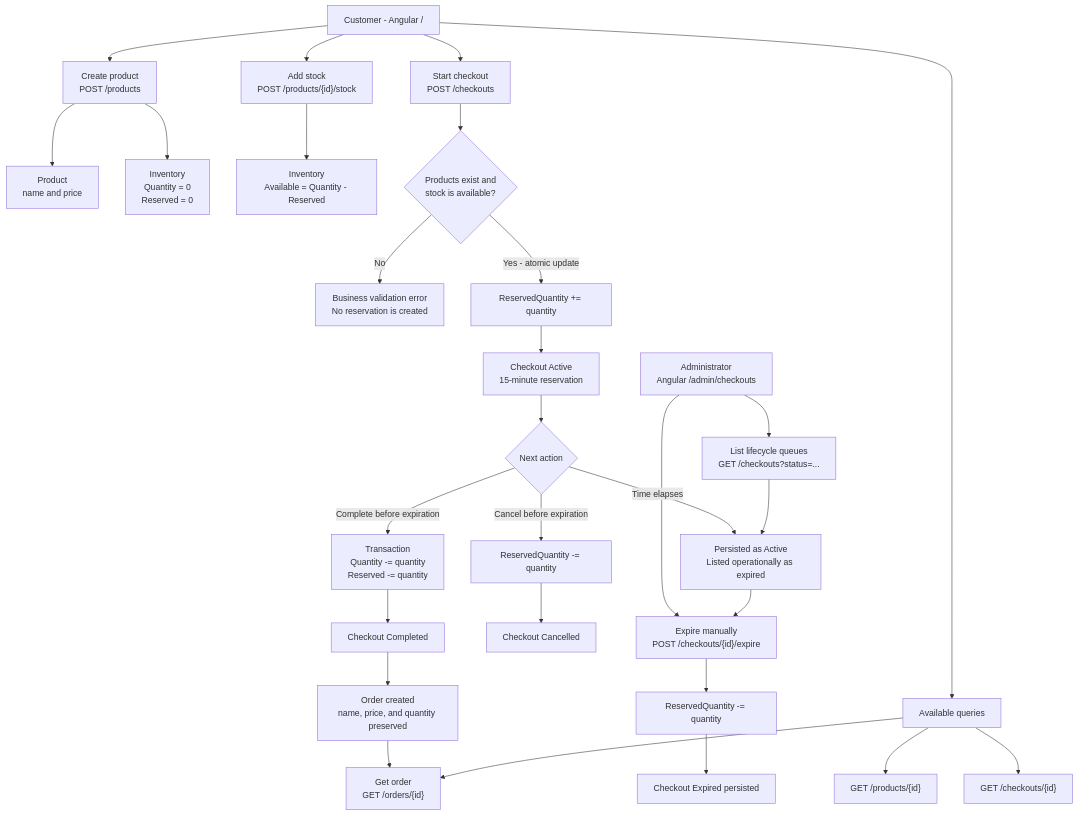
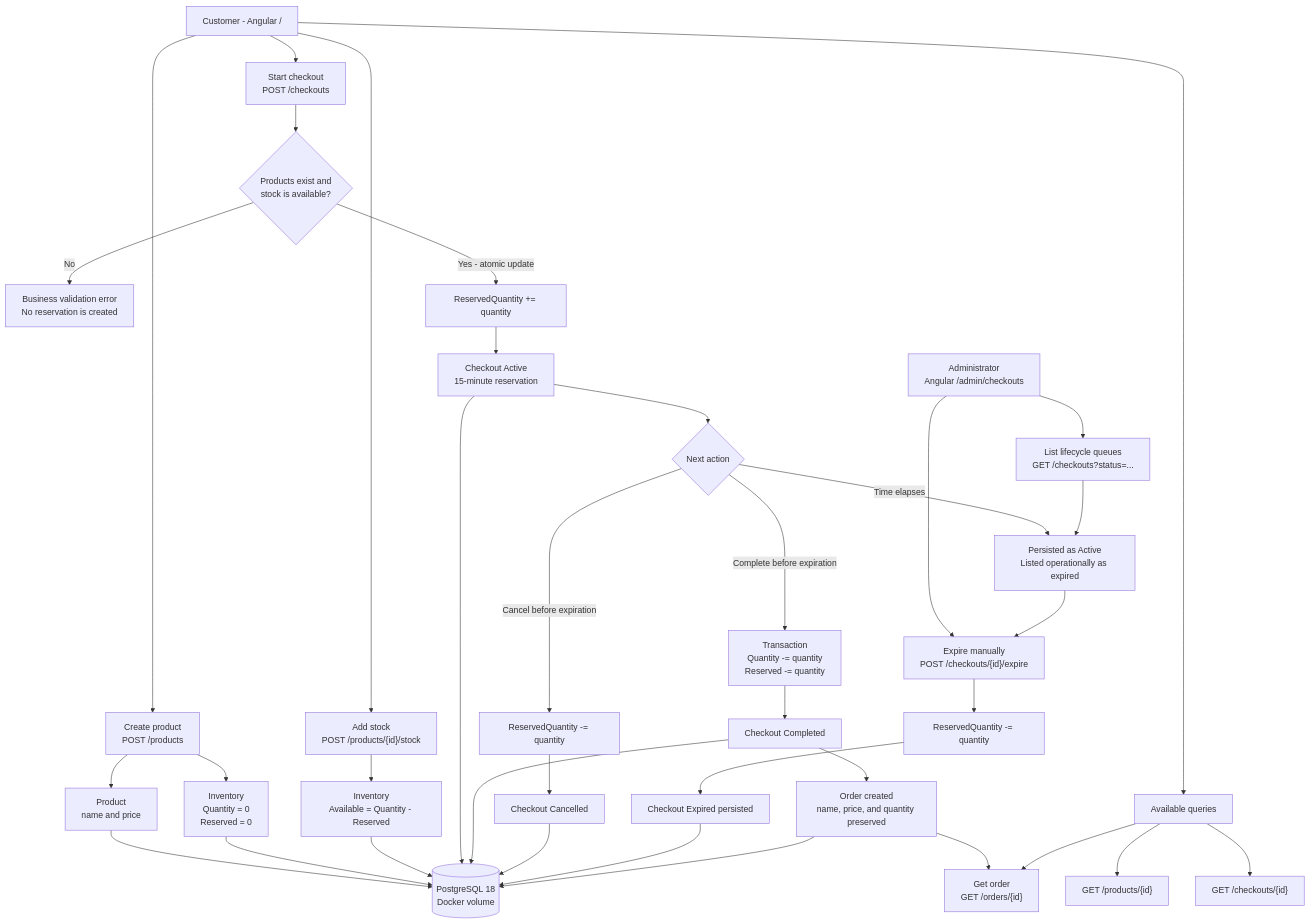
One commit to saulomlcosta/OrderFlow changed the diagram in docs/reports/SYSTEM_FLOW.md. Above: the diagram before and after it, drawn with Mermaid. The commit also changed other lines of this file and 14 other files, not shown here.

Commit message:
feat: add persistent PostgreSQL environment

````diff
--- a/docs/reports/SYSTEM_FLOW.md
+++ b/docs/reports/SYSTEM_FLOW.md
@@ -21,39 +21,48 @@
 ```mermaid
 flowchart TD
     User["Customer - Angular / "] --> CreateProduct["Create product<br/>POST /products"]
     CreateProduct --> Product["Product<br/>name and price"]
     CreateProduct --> EmptyInventory["Inventory<br/>Quantity = 0<br/>Reserved = 0"]
 
     User --> AddStock["Add stock<br/>POST /products/{id}/stock"]
     AddStock --> Inventory["Inventory<br/>Available = Quantity - Reserved"]
 
     User --> StartCheckout["Start checkout<br/>POST /checkouts"]
     StartCheckout --> Validate{"Products exist and<br/>stock is available?"}
 
     Validate -->|No| BusinessError["Business validation error<br/>No reservation is created"]
     Validate -->|Yes - atomic update| Reserve["ReservedQuantity += quantity"]
     Reserve --> Active["Checkout Active<br/>15-minute reservation"]
 
     Active --> Action{"Next action"}
 
     Action -->|Complete before expiration| ConfirmStock["Transaction<br/>Quantity -= quantity<br/>Reserved -= quantity"]
     ConfirmStock --> Completed["Checkout Completed"]
     Completed --> Order["Order created<br/>name, price, and quantity preserved"]
     Order --> GetOrder["Get order<br/>GET /orders/{id}"]
 
     Action -->|Cancel before expiration| Cancel["ReservedQuantity -= quantity"]
     Cancel --> Cancelled["Checkout Cancelled"]
 
     Action -->|Time elapses| OperationalExpired["Persisted as Active<br/>Listed operationally as expired"]
     Admin["Administrator<br/>Angular /admin/checkouts"] --> List["List lifecycle queues<br/>GET /checkouts?status=..."]
     List --> OperationalExpired
     Admin --> Expire["Expire manually<br/>POST /checkouts/{id}/expire"]
     OperationalExpired --> Expire
     Expire --> Release["ReservedQuantity -= quantity"]
     Release --> Expired["Checkout Expired persisted"]
 
+    Product --> Db[("PostgreSQL 18<br/>Docker volume")]
+    EmptyInventory --> Db
+    Inventory --> Db
+    Active --> Db
+    Completed --> Db
+    Cancelled --> Db
+    Expired --> Db
+    Order --> Db
+
     User --> Reads["Available queries"]
     Reads --> GetProduct["GET /products/{id}"]
     Reads --> GetCheckout["GET /checkouts/{id}"]
     Reads --> GetOrder
 ```
````
